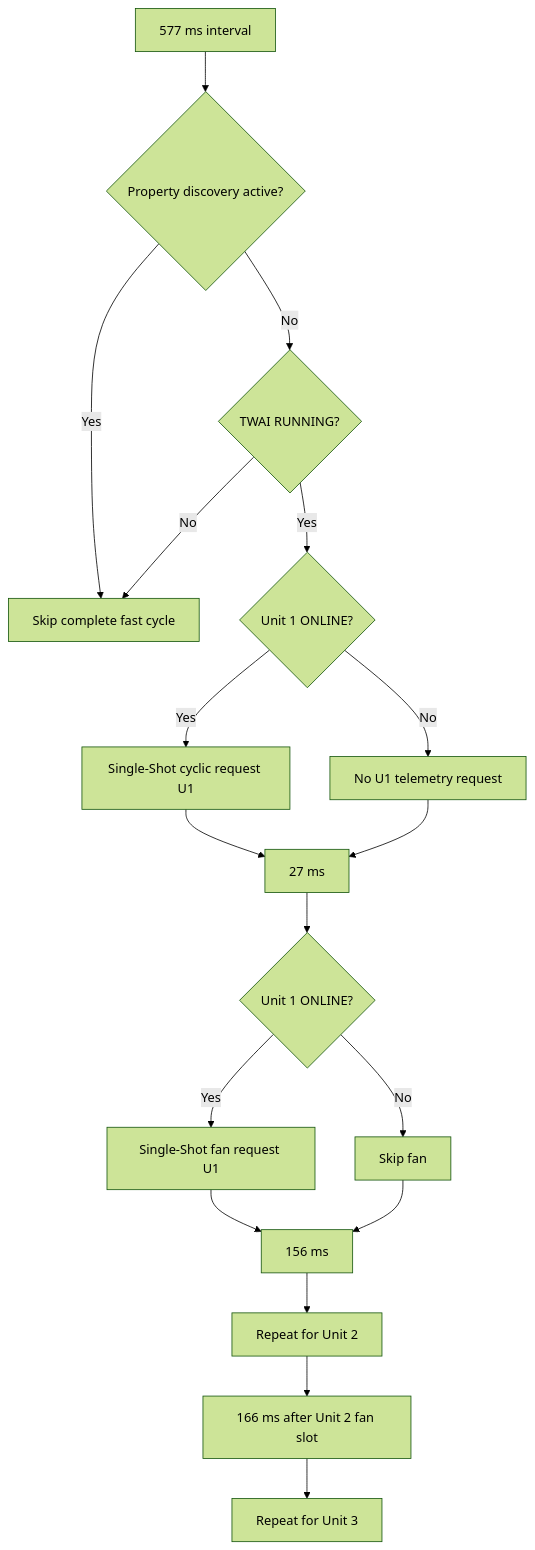
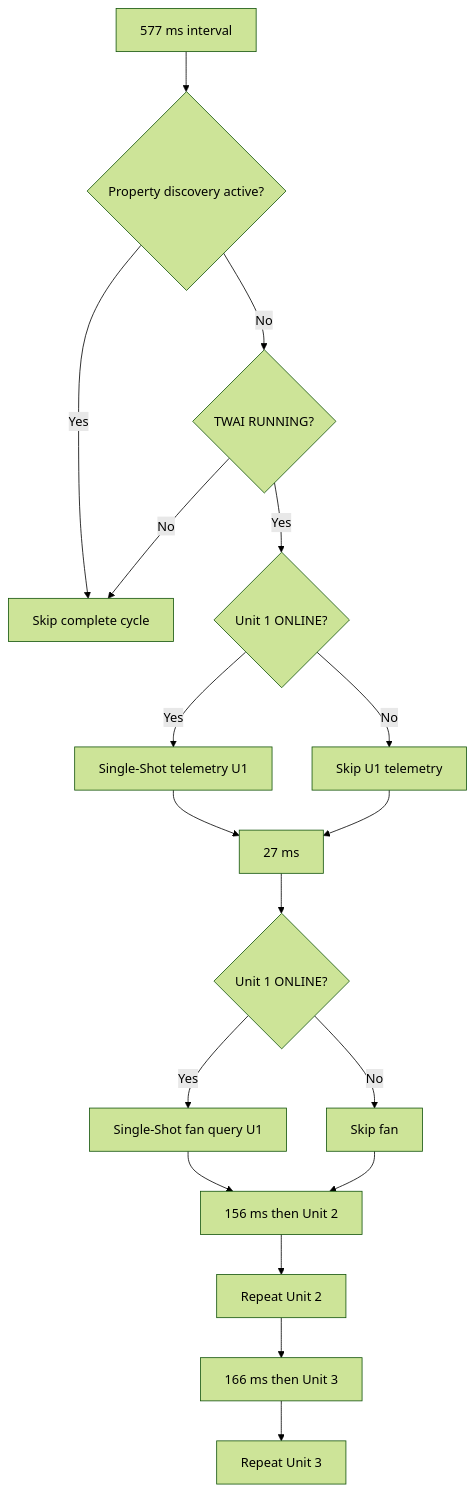
Before and after one commit to anwa/esphome-r4875g1-3phase-charger: the fourth of 20 diagrams in R4875G1_CONTROL_FLOWS.md, drawn with Mermaid (forest theme). The commit also changed other lines of this file, not shown here.

````diff
--- a/R4875G1_CONTROL_FLOWS.md
+++ b/R4875G1_CONTROL_FLOWS.md
@@ -177,22 +154,20 @@
 ```mermaid
 flowchart TD
     A[577 ms interval] --> B{Property discovery active?}
-    B -- Yes --> X[Skip complete fast cycle]
+    B -- Yes --> X[Skip complete cycle]
     B -- No --> C{TWAI RUNNING?}
     C -- No --> X
     C -- Yes --> U1{Unit 1 ONLINE?}
-
-    U1 -- Yes --> Q1[Single-Shot cyclic request U1]
-    U1 -- No --> D1[No U1 telemetry request]
+    U1 -- Yes --> Q1[Single-Shot telemetry U1]
+    U1 -- No --> S1[Skip U1 telemetry]
     Q1 --> W1[27 ms]
-    D1 --> W1
+    S1 --> W1
     W1 --> F1{Unit 1 ONLINE?}
-    F1 -- Yes --> FAN1[Single-Shot fan request U1]
-    F1 -- No --> G1[Skip fan]
-
-    FAN1 --> GAP2[156 ms]
-    G1 --> GAP2
-    GAP2 --> U2[Repeat for Unit 2]
-    U2 --> GAP3[166 ms after Unit 2 fan slot]
-    GAP3 --> U3[Repeat for Unit 3]
+    F1 -- Yes --> FAN1[Single-Shot fan query U1]
+    F1 -- No --> SF1[Skip fan]
+    FAN1 --> G2[156 ms then Unit 2]
+    SF1 --> G2
+    G2 --> U2[Repeat Unit 2]
+    U2 --> G3[166 ms then Unit 3]
+    G3 --> U3[Repeat Unit 3]
 ```
````
